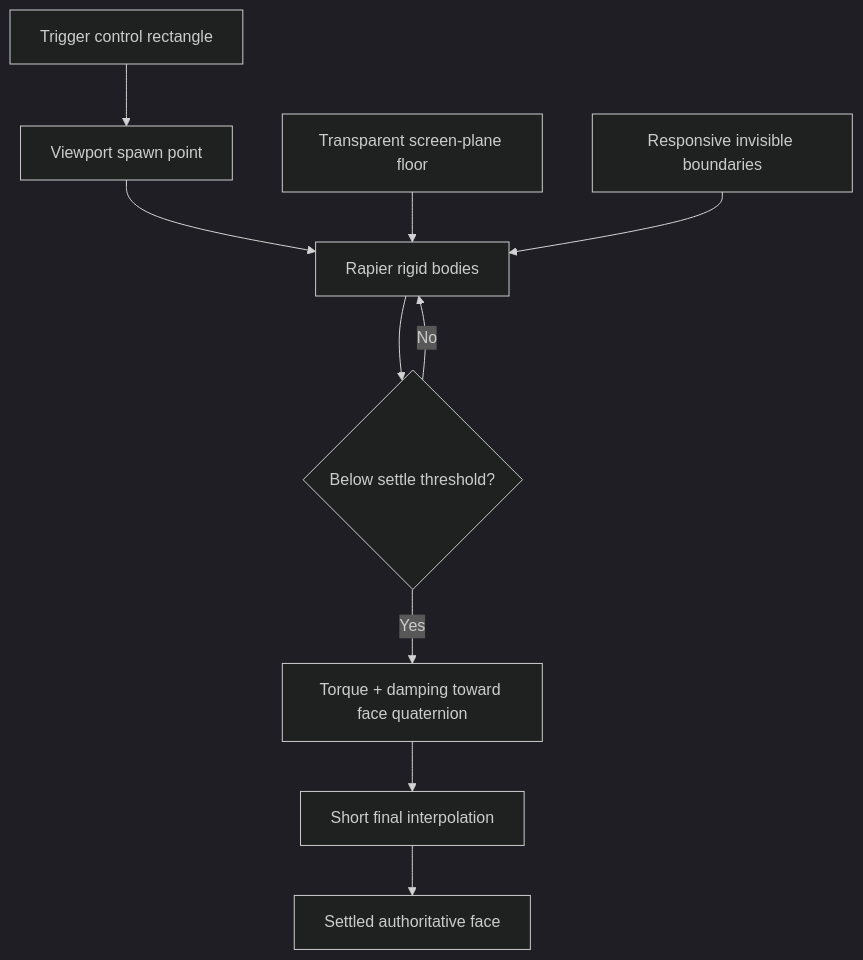
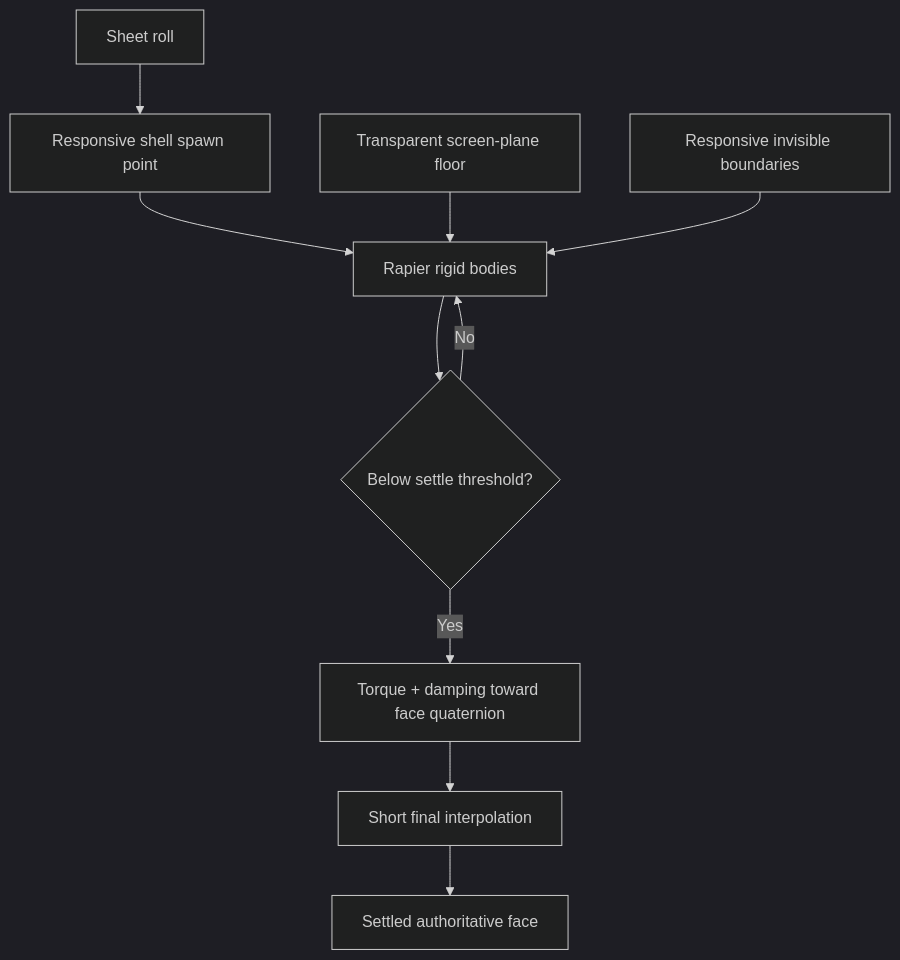
One commit to MPiland/artificer-toolkit changed the second of 2 diagrams in docs/roadmap/01-dice-and-roll-infrastructure.md. Above: the diagram before and after it, drawn with Mermaid (dark theme). The commit also changed other lines of this file and 139 other files, not shown here.

````diff
--- a/docs/roadmap/01-dice-and-roll-infrastructure.md
+++ b/docs/roadmap/01-dice-and-roll-infrastructure.md
@@ -72,12 +73,12 @@
 ```mermaid
 flowchart TD
-  Trigger["Trigger control rectangle"] --> Spawn["Viewport spawn point"]
+  Trigger["Sheet roll"] --> Spawn["Responsive shell spawn point"]
   Spawn --> Physics["Rapier rigid bodies"]
   Floor["Transparent screen-plane floor"] --> Physics
   Bounds["Responsive invisible boundaries"] --> Physics
   Physics --> Energy{"Below settle threshold?"}
   Energy -- "No" --> Physics
   Energy -- "Yes" --> Target["Torque + damping toward face quaternion"]
   Target --> Interpolate["Short final interpolation"]
   Interpolate --> Done["Settled authoritative face"]
 ```
````
